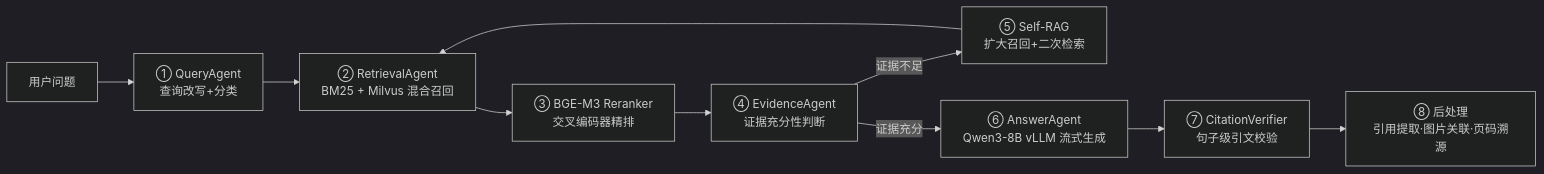
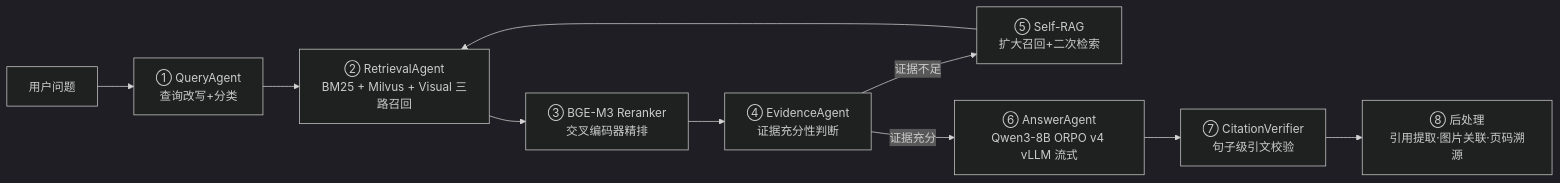
One commit to zhiyueliu0811/Agentic-Hybrid-RAG changed the diagram in README.md. Above: the diagram before and after it, drawn with Mermaid (dark theme). The commit also changed other lines of this file, not shown here.

First line of the commit message:
docs: update README with ORPO RL, visual retrieval, multimodal features

````diff
--- a/README.md
+++ b/README.md
@@ -13,12 +15,12 @@
 ```mermaid
 flowchart LR
     Q[用户问题] --> Q1[① QueryAgent<br/>查询改写+分类]
-    Q1 --> R1[② RetrievalAgent<br/>BM25 + Milvus 混合召回]
+    Q1 --> R1[② RetrievalAgent<br/>BM25 + Milvus + Visual 三路召回]
     R1 --> R2[③ BGE-M3 Reranker<br/>交叉编码器精排]
     R2 --> E[④ EvidenceAgent<br/>证据充分性判断]
     E -- 证据不足 --> S[⑤ Self-RAG<br/>扩大召回+二次检索]
     S --> R1
-    E -- 证据充分 --> A[⑥ AnswerAgent<br/>Qwen3-8B vLLM 流式生成]
+    E -- 证据充分 --> A[⑥ AnswerAgent<br/>Qwen3-8B ORPO v4 vLLM 流式]
     A --> C[⑦ CitationVerifier<br/>句子级引文校验]
     C --> O[⑧ 后处理<br/>引用提取·图片关联·页码溯源]
 ```
````
